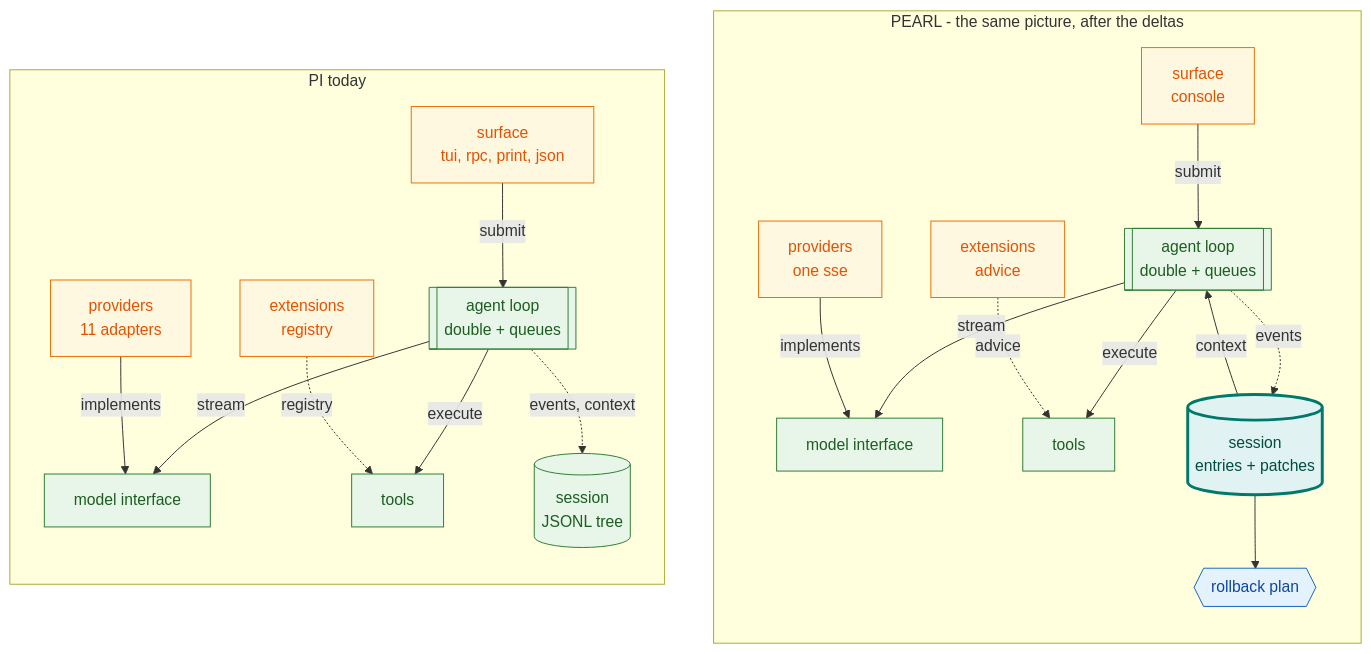
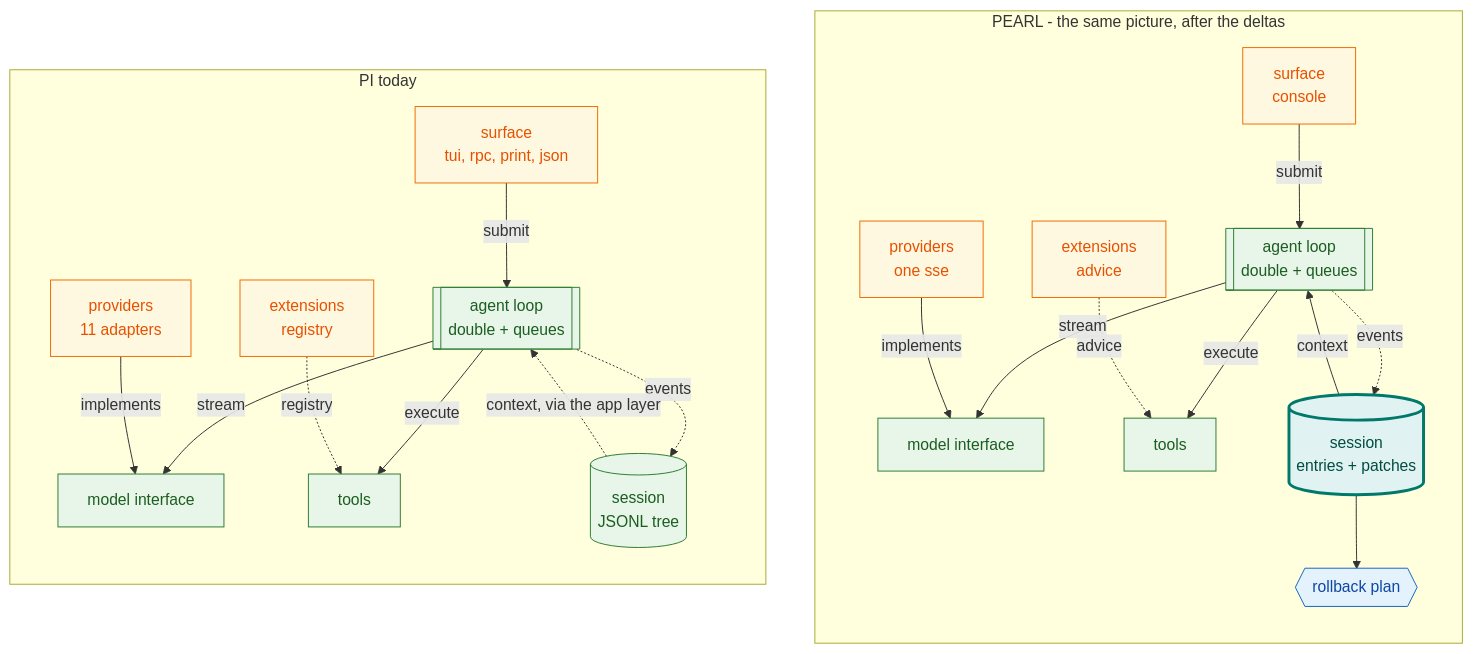
The diagram in README.md (OverbearingPearl/pearl), drawn with Mermaid before and after one commit. The commit also changed other lines of this file and 1 other file, not shown here.

````diff
--- a/README.md
+++ b/README.md
@@ -50,32 +50,33 @@
 ```mermaid
 flowchart TB
   subgraph R["PEARL - the same picture, after the deltas"]
     direction TB
     r_surf["surface<br/>console"] -->|submit| r_loop[["agent loop<br/>double + queues"]]
     r_loop -->|stream| r_model["model interface"]
     r_loop -->|execute| r_tools["tools"]
     r_loop -.->|events| r_sess[("session<br/>entries + patches")]
     r_sess -->|context| r_loop
     r_sess --> r_plan{{"rollback plan"}}
     r_ext["extensions<br/>advice"] -.->|advice| r_tools
     r_prov["providers<br/>one sse"] -->|implements| r_model
   end
   subgraph L["PI today"]
     direction TB
     l_surf["surface<br/>tui, rpc, print, json"] -->|submit| l_loop[["agent loop<br/>double + queues"]]
     l_loop -->|stream| l_model["model interface"]
     l_loop -->|execute| l_tools["tools"]
-    l_loop -.->|"events, context"| l_sess[("session<br/>JSONL tree")]
+    l_loop -.->|events| l_sess[("session<br/>JSONL tree")]
+    l_sess -.->|"context, via the app layer"| l_loop
     l_ext["extensions<br/>registry"] -.->|registry| l_tools
     l_prov["providers<br/>11 adapters"] -->|implements| l_model
   end
   classDef keep fill:#e8f5e9,stroke:#2e7d32,color:#1b5e20
   classDef moved fill:#e0f2f1,stroke:#00796b,color:#004d40,stroke-width:3px
   classDef added fill:#e3f2fd,stroke:#1565c0,color:#0d47a1
   classDef changed fill:#fff8e1,stroke:#ef6c00,color:#e65100
   class l_loop,l_model,l_tools,l_sess,r_loop,r_model,r_tools keep
   class l_surf,l_ext,l_prov changed
   class r_surf,r_ext,r_prov changed
   class r_sess moved
   class r_plan added
 ```
````
